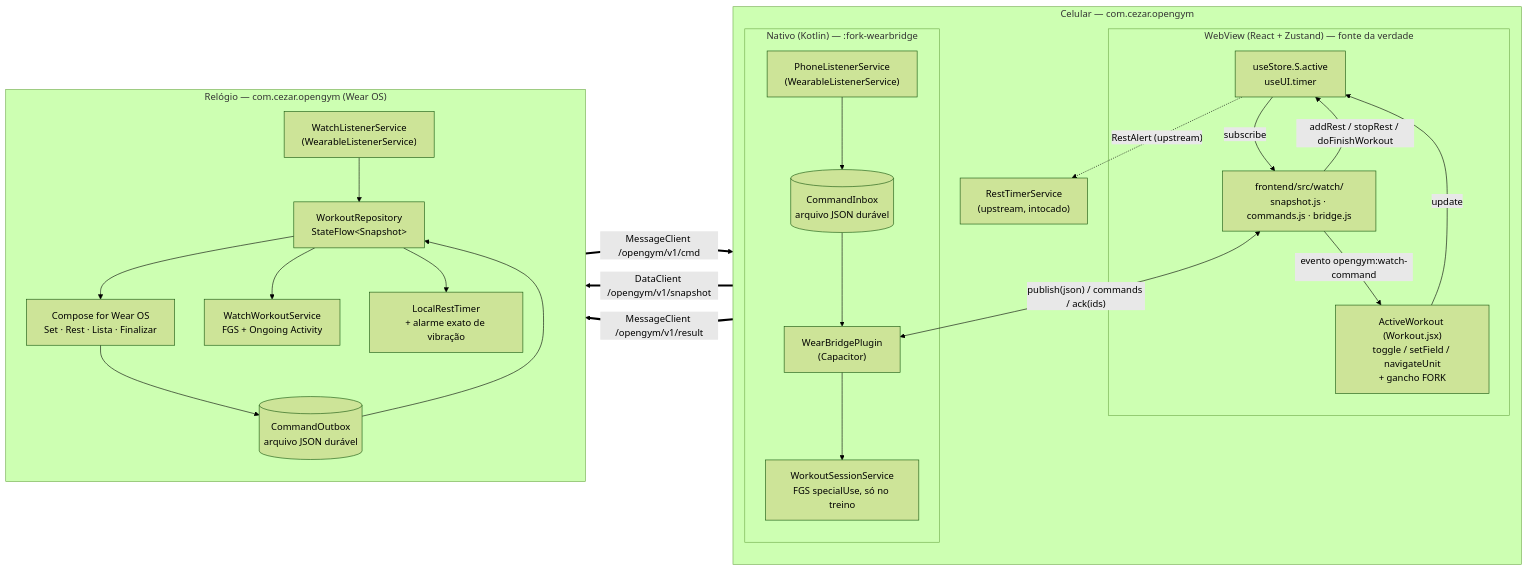
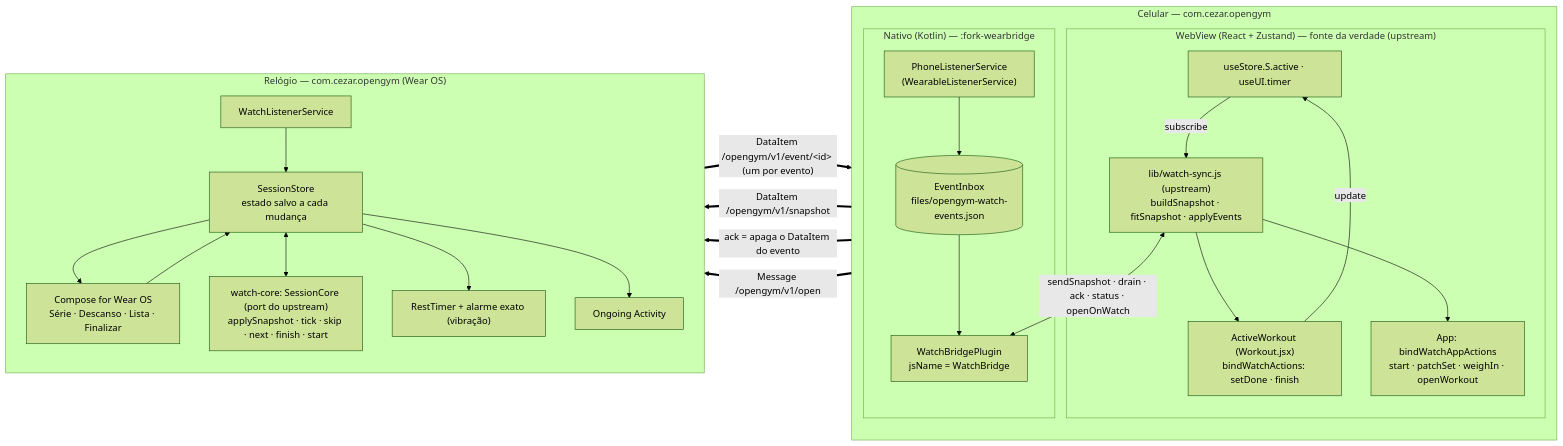
One commit to Cezarmvm/openGym changed the first of 3 diagrams in specs/fork-watch/design.md. Above: the diagram before and after it, drawn with Mermaid (forest theme). The commit also changed other lines of this file and 2 other files, not shown here.

Commit message:
docs(fork): fork-watch spec revision 2 — autonomous watch on upstream's watch protocol

````diff
--- a/specs/fork-watch/design.md
+++ b/specs/fork-watch/design.md
@@ -27,47 +69,45 @@
 ```mermaid
 flowchart LR
   subgraph Phone["Celular — com.cezar.opengym"]
     direction TB
-    subgraph WV["WebView (React + Zustand) — fonte da verdade"]
-      Store["useStore.S.active<br/>useUI.timer"]
-      AW["ActiveWorkout (Workout.jsx)<br/>toggle / setField / navigateUnit<br/>+ gancho FORK"]
-      WJS["frontend/src/watch/<br/>snapshot.js · commands.js · bridge.js"]
-      Store -- subscribe --> WJS
-      WJS -- "evento opengym:watch-command" --> AW
+    subgraph WV["WebView (React + Zustand) — fonte da verdade (upstream)"]
+      Store["useStore.S.active · useUI.timer"]
+      AW["ActiveWorkout (Workout.jsx)<br/>bindWatchActions: setDone · finish"]
+      App["App: bindWatchAppActions<br/>start · patchSet · weighIn · openWorkout"]
+      WS["lib/watch-sync.js (upstream)<br/>buildSnapshot · fitSnapshot · applyEvents"]
+      Store -- subscribe --> WS
+      WS --> AW
+      WS --> App
       AW -- update --> Store
-      WJS -- "addRest / stopRest / doFinishWorkout" --> Store
     end
     subgraph Native["Nativo (Kotlin) — :fork-wearbridge"]
-      Plugin["WearBridgePlugin<br/>(Capacitor)"]
-      Queue[("CommandInbox<br/>arquivo JSON durável")]
-      FGS["WorkoutSessionService<br/>FGS specialUse, só no treino"]
-      WLS["PhoneListenerService<br/>(WearableListenerService)"]
-      WLS --> Queue
-      Queue --> Plugin
-      Plugin --> FGS
+      Plugin["WatchBridgePlugin<br/>jsName = WatchBridge"]
+      Inbox[("EventInbox<br/>files/opengym-watch-events.json")]
+      PLS["PhoneListenerService<br/>(WearableListenerService)"]
+      PLS --> Inbox
+      Inbox --> Plugin
     end
-    Rest["RestTimerService<br/>(upstream, intocado)"]
-    WJS <-- "publish(json) / commands / ack(ids)" --> Plugin
-    Store -. "RestAlert (upstream)" .-> Rest
+    WS <-- "sendSnapshot · drain · ack · status · openOnWatch" --> Plugin
   end
 
   subgraph Watch["Relógio — com.cezar.opengym (Wear OS)"]
     direction TB
-    Repo["WorkoutRepository<br/>StateFlow&lt;Snapshot&gt;"]
-    Outbox[("CommandOutbox<br/>arquivo JSON durável")]
-    WSvc["WatchWorkoutService<br/>FGS + Ongoing Activity"]
-    UI["Compose for Wear OS<br/>Set · Rest · Lista · Finalizar"]
-    WWLS["WatchListenerService<br/>(WearableListenerService)"]
-    Timer["LocalRestTimer<br/>+ alarme exato de vibração"]
-    UI --> Outbox
-    Outbox --> Repo
-    Repo --> UI
-    Repo --> WSvc
-    Repo --> Timer
-    WWLS --> Repo
+    WLS["WatchListenerService"]
+    Store2["SessionStore<br/>estado salvo a cada mudança"]
+    Core["watch-core: SessionCore (port do upstream)<br/>applySnapshot · tick · skip · next · finish · start"]
+    UI["Compose for Wear OS<br/>Série · Descanso · Lista · Finalizar"]
+    Rest["RestTimer + alarme exato (vibração)"]
+    Ongoing["Ongoing Activity"]
+    WLS --> Store2
+    UI --> Store2
+    Store2 <--> Core
+    Store2 --> UI
+    Store2 --> Rest
+    Store2 --> Ongoing
   end
 
-  Plugin == "DataClient /opengym/v1/snapshot" ==> WWLS
-  Outbox == "MessageClient /opengym/v1/cmd" ==> WLS
-  Plugin == "MessageClient /opengym/v1/result" ==> WWLS
+  Plugin == "DataItem /opengym/v1/snapshot" ==> WLS
+  Store2 == "DataItem /opengym/v1/event/&lt;id&gt; (um por evento)" ==> PLS
+  Plugin == "ack = apaga o DataItem do evento" ==> Store2
+  Plugin == "Message /opengym/v1/open" ==> WLS
 ```
````
